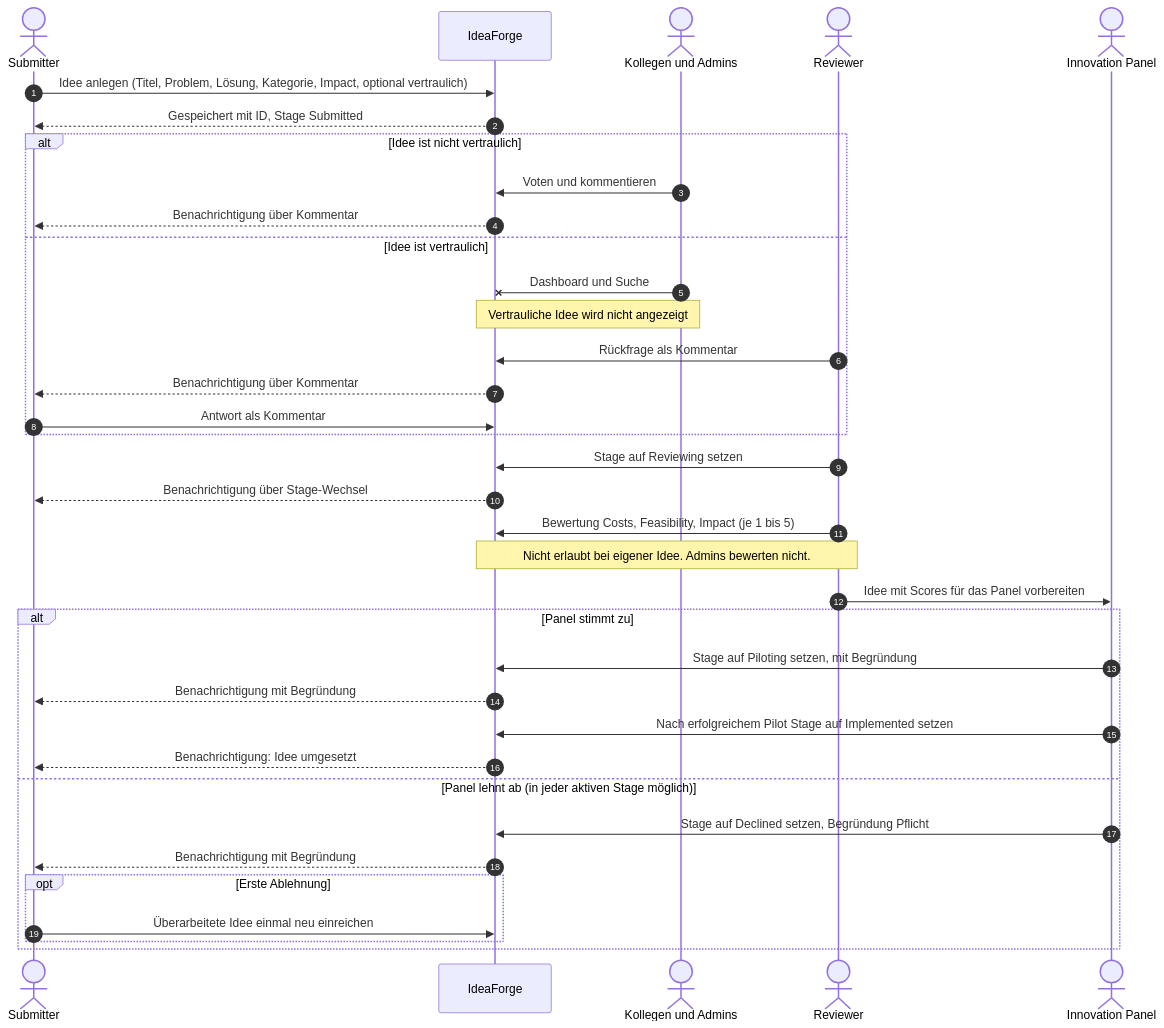
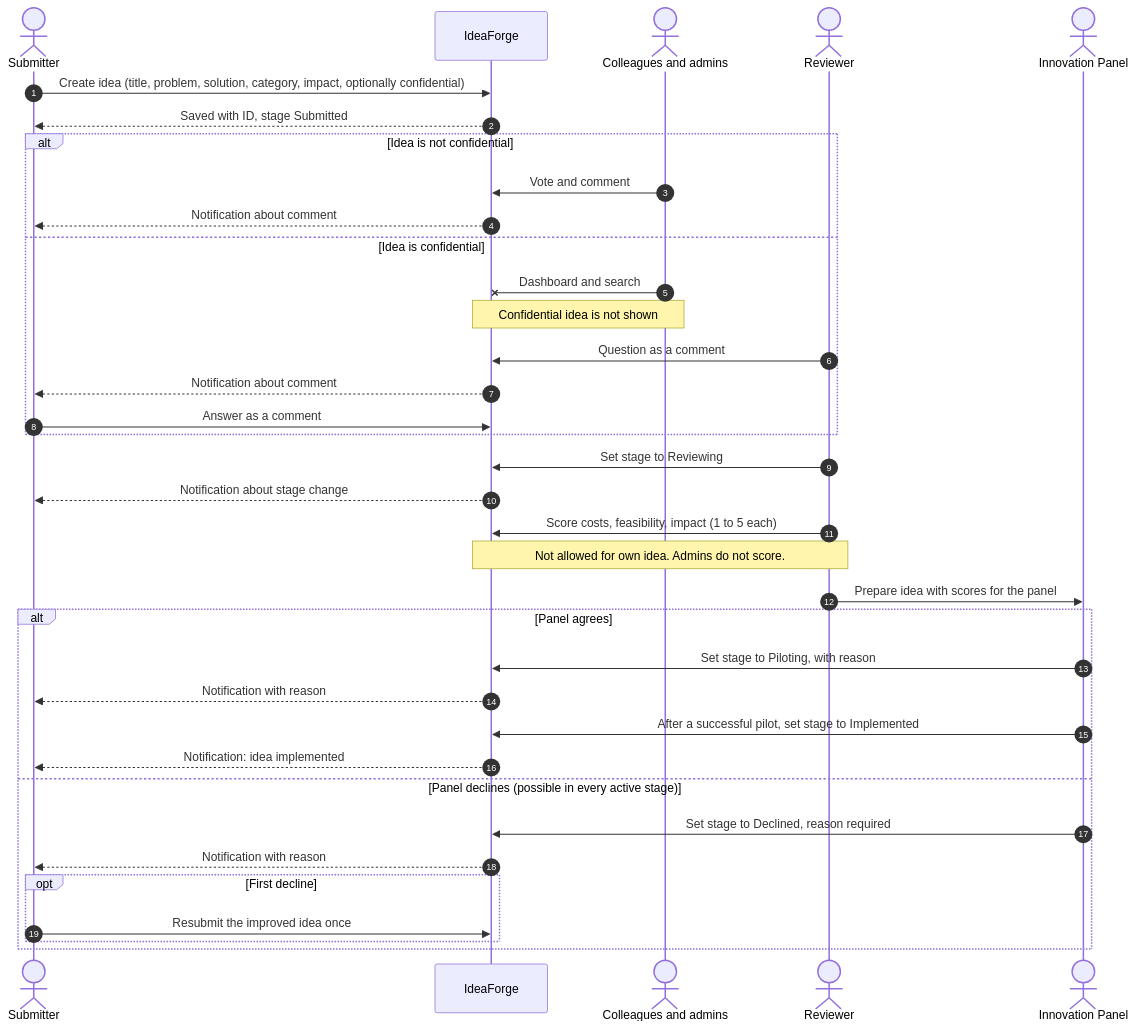
One commit to mistakanista/ideaforge changed the fourth of 5 diagrams in design/UserJourney/userJourney.md. Above: the diagram before and after it, drawn with Mermaid. The commit also changed other lines of this file, not shown here.

````diff
--- a/design/UserJourney/userJourney.md
+++ b/design/UserJourney/userJourney.md
@@ -139,39 +139,39 @@
 ```mermaid
 sequenceDiagram
     autonumber
     actor S as Submitter
     participant App as IdeaForge
-    actor K as Kollegen und Admins
+    actor K as Colleagues and admins
     actor R as Reviewer
     actor P as Innovation Panel
 
-    S->>App: Idee anlegen (Titel, Problem, Lösung, Kategorie, Impact, optional vertraulich)
-    App-->>S: Gespeichert mit ID, Stage Submitted
-    alt Idee ist nicht vertraulich
-        K->>App: Voten und kommentieren
-        App-->>S: Benachrichtigung über Kommentar
-    else Idee ist vertraulich
-        K-xApp: Dashboard und Suche
-        Note over K,App: Vertrauliche Idee wird nicht angezeigt
-        R->>App: Rückfrage als Kommentar
-        App-->>S: Benachrichtigung über Kommentar
-        S->>App: Antwort als Kommentar
+    S->>App: Create idea (title, problem, solution, category, impact, optionally confidential)
+    App-->>S: Saved with ID, stage Submitted
+    alt Idea is not confidential
+        K->>App: Vote and comment
+        App-->>S: Notification about comment
+    else Idea is confidential
+        K-xApp: Dashboard and search
+        Note over K,App: Confidential idea is not shown
+        R->>App: Question as a comment
+        App-->>S: Notification about comment
+        S->>App: Answer as a comment
     end
-    R->>App: Stage auf Reviewing setzen
-    App-->>S: Benachrichtigung über Stage-Wechsel
-    R->>App: Bewertung Costs, Feasibility, Impact (je 1 bis 5)
-    Note over R,App: Nicht erlaubt bei eigener Idee. Admins bewerten nicht.
-    R->>P: Idee mit Scores für das Panel vorbereiten
-    alt Panel stimmt zu
-        P->>App: Stage auf Piloting setzen, mit Begründung
-        App-->>S: Benachrichtigung mit Begründung
-        P->>App: Nach erfolgreichem Pilot Stage auf Implemented setzen
-        App-->>S: Benachrichtigung: Idee umgesetzt
-    else Panel lehnt ab (in jeder aktiven Stage möglich)
-        P->>App: Stage auf Declined setzen, Begründung Pflicht
-        App-->>S: Benachrichtigung mit Begründung
-        opt Erste Ablehnung
-            S->>App: Überarbeitete Idee einmal neu einreichen
+    R->>App: Set stage to Reviewing
+    App-->>S: Notification about stage change
+    R->>App: Score costs, feasibility, impact (1 to 5 each)
+    Note over R,App: Not allowed for own idea. Admins do not score.
+    R->>P: Prepare idea with scores for the panel
+    alt Panel agrees
+        P->>App: Set stage to Piloting, with reason
+        App-->>S: Notification with reason
+        P->>App: After a successful pilot, set stage to Implemented
+        App-->>S: Notification: idea implemented
+    else Panel declines (possible in every active stage)
+        P->>App: Set stage to Declined, reason required
+        App-->>S: Notification with reason
+        opt First decline
+            S->>App: Resubmit the improved idea once
         end
     end
 ```
````
